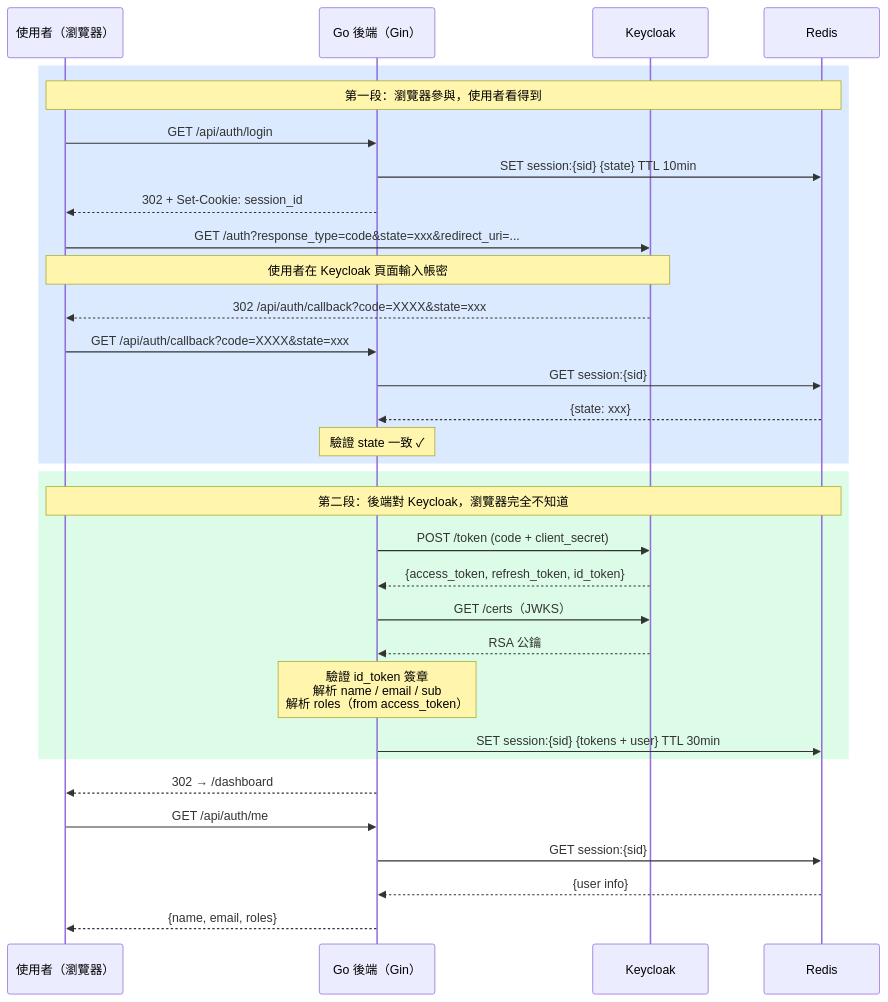
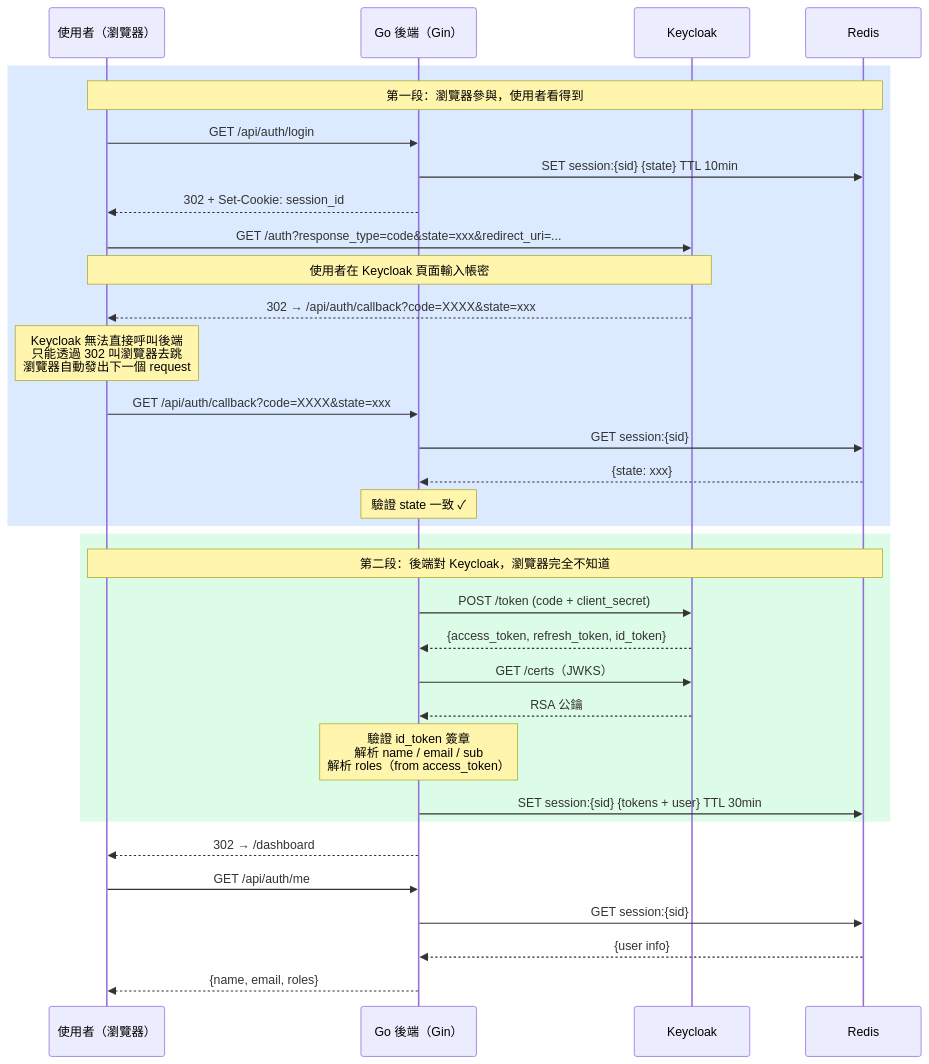
The second of 2 diagrams in README.md (BBRenHao35/oauth2-sso-demo), drawn with Mermaid before and after one commit.

Commit message:
docs: clarify browser redirect mechanism in sequence diagram

````diff
--- a/README.md
+++ b/README.md
@@ -69,42 +69,42 @@
 ```mermaid
 sequenceDiagram
     participant B as 使用者（瀏覽器）
     participant G as Go 後端（Gin）
     participant K as Keycloak
     participant R as Redis
 
     rect rgb(219, 234, 254)
         Note over B,R: 第一段：瀏覽器參與，使用者看得到
         B->>G: GET /api/auth/login
         G->>R: SET session:{sid} {state}  TTL 10min
         G-->>B: 302 + Set-Cookie: session_id
 
         B->>K: GET /auth?response_type=code&state=xxx&redirect_uri=...
         Note over B,K: 使用者在 Keycloak 頁面輸入帳密
-        K-->>B: 302 /api/auth/callback?code=XXXX&state=xxx
-
+        K-->>B: 302 → /api/auth/callback?code=XXXX&state=xxx
+        Note over B: Keycloak 無法直接呼叫後端<br/>只能透過 302 叫瀏覽器去跳<br/>瀏覽器自動發出下一個 request
         B->>G: GET /api/auth/callback?code=XXXX&state=xxx
         G->>R: GET session:{sid}
         R-->>G: {state: xxx}
         Note over G: 驗證 state 一致 ✓
     end
 
     rect rgb(220, 252, 231)
         Note over B,R: 第二段：後端對 Keycloak，瀏覽器完全不知道
         G->>K: POST /token (code + client_secret)
         K-->>G: {access_token, refresh_token, id_token}
 
         G->>K: GET /certs（JWKS）
         K-->>G: RSA 公鑰
         Note over G: 驗證 id_token 簽章<br/>解析 name / email / sub<br/>解析 roles（from access_token）
 
         G->>R: SET session:{sid} {tokens + user}  TTL 30min
     end
 
     G-->>B: 302 → /dashboard
 
     B->>G: GET /api/auth/me
     G->>R: GET session:{sid}
     R-->>G: {user info}
     G-->>B: {name, email, roles}
 ```
````
